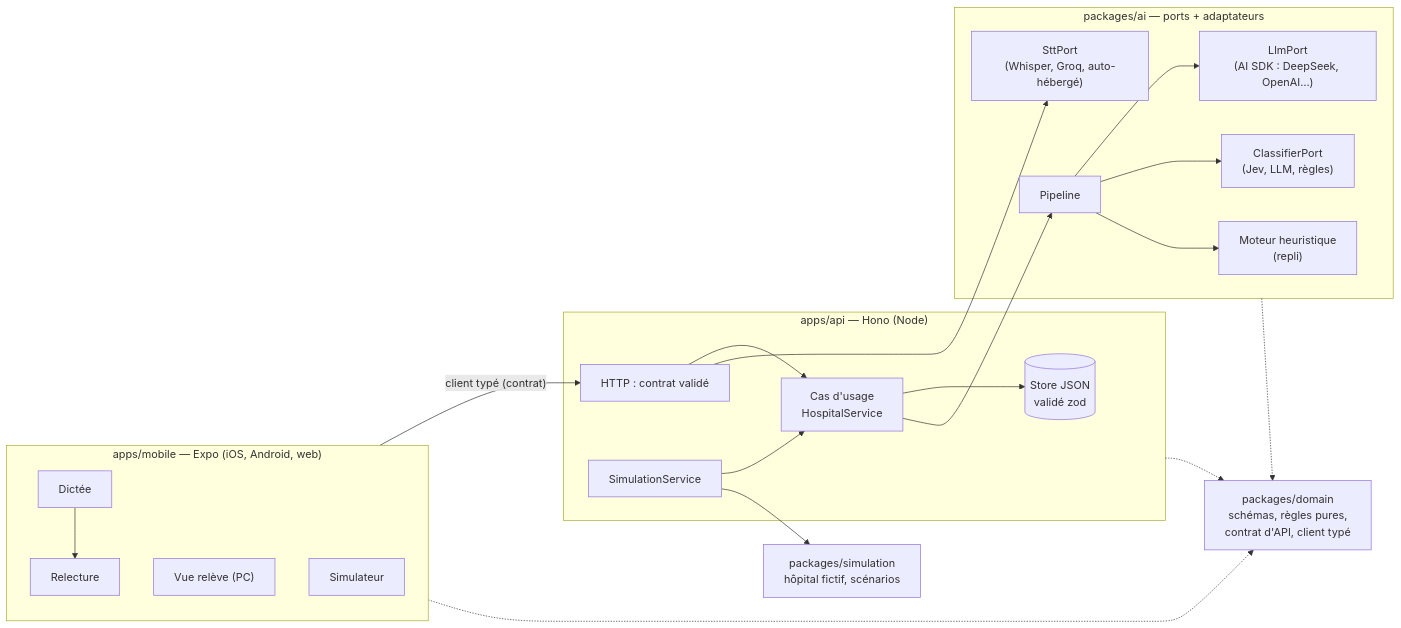
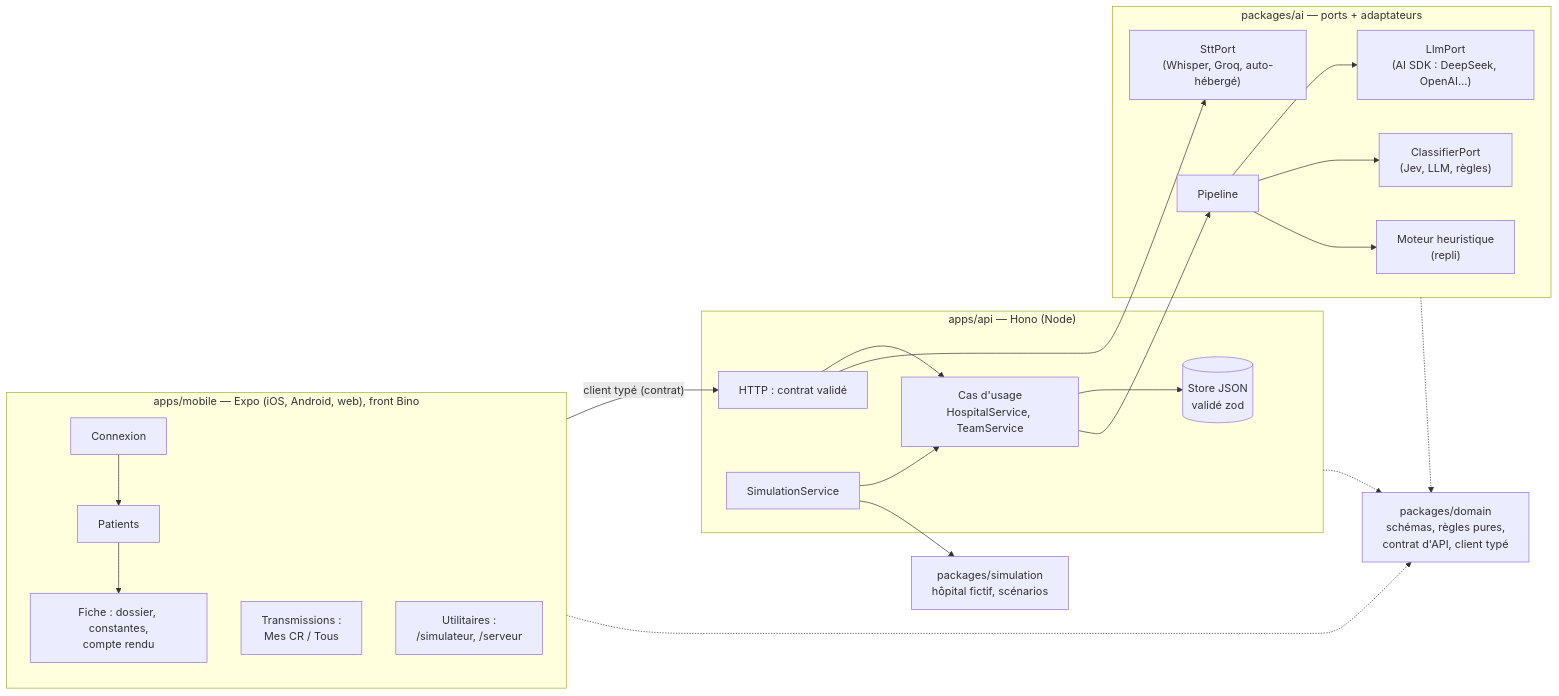
One commit to Infirmier-Augmente/bino changed the first of 2 diagrams in docs/ARCHITECTURE.md. Above: the diagram before and after it, drawn with Mermaid. The commit also changed other lines of this file and 10 other files, not shown here.

First line of the commit message:
docs(docs): front Bino (FONCTIONNEMENT, README, produit, design, démo, architecture, décisions)

````diff
--- a/docs/ARCHITECTURE.md
+++ b/docs/ARCHITECTURE.md
@@ -5,28 +5,29 @@
 ```mermaid
 flowchart LR
-  subgraph Mobile["apps/mobile — Expo (iOS, Android, web)"]
-    D["Dictée"] --> R["Relecture"]
-    V["Vue relève (PC)"]
-    S["Simulateur"]
+  subgraph Mobile["apps/mobile — Expo (iOS, Android, web), front Bino"]
+    C["Connexion"] --> PA["Patients"]
+    PA --> F["Fiche : dossier, constantes,\ncompte rendu"]
+    T["Transmissions :\nMes CR / Tous"]
+    S["Utilitaires :\n/simulateur, /serveur"]
   end
   subgraph API["apps/api — Hono (Node)"]
-    H["HTTP : contrat validé"] --> UC["Cas d'usage\nHospitalService"]
+    H["HTTP : contrat validé"] --> UC["Cas d'usage\nHospitalService, TeamService"]
     UC --> ST[("Store JSON\nvalidé zod")]
     SIM["SimulationService"] --> UC
   end
   subgraph AI["packages/ai — ports + adaptateurs"]
     P["Pipeline"] --> LLM["LlmPort\n(AI SDK : DeepSeek, OpenAI…)"]
     P --> CL["ClassifierPort\n(Jev, LLM, règles)"]
     P --> HE["Moteur heuristique\n(repli)"]
     STT["SttPort\n(Whisper, Groq, auto-hébergé)"]
   end
   DOM["packages/domain\nschémas, règles pures,\ncontrat d'API, client typé"]
   SCN["packages/simulation\nhôpital fictif, scénarios"]
   Mobile -- "client typé (contrat)" --> H
   UC --> P
   H --> STT
   SIM --> SCN
   Mobile -.-> DOM
   API -.-> DOM
   AI -.-> DOM
 ```
````
